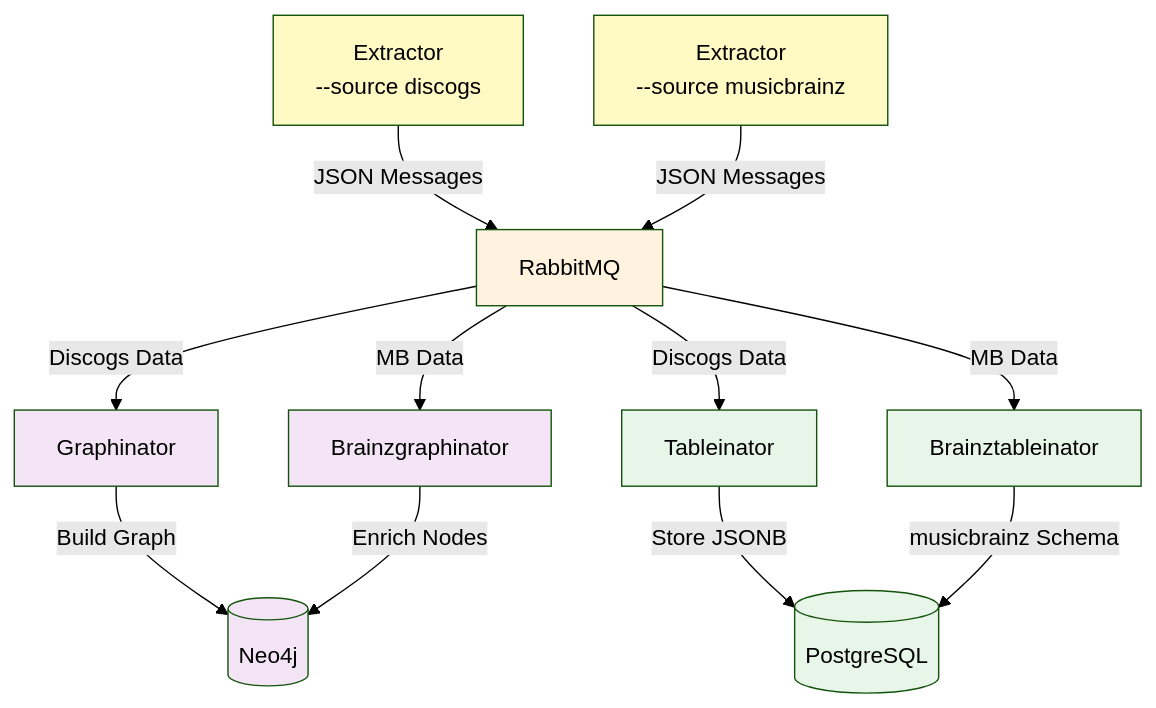
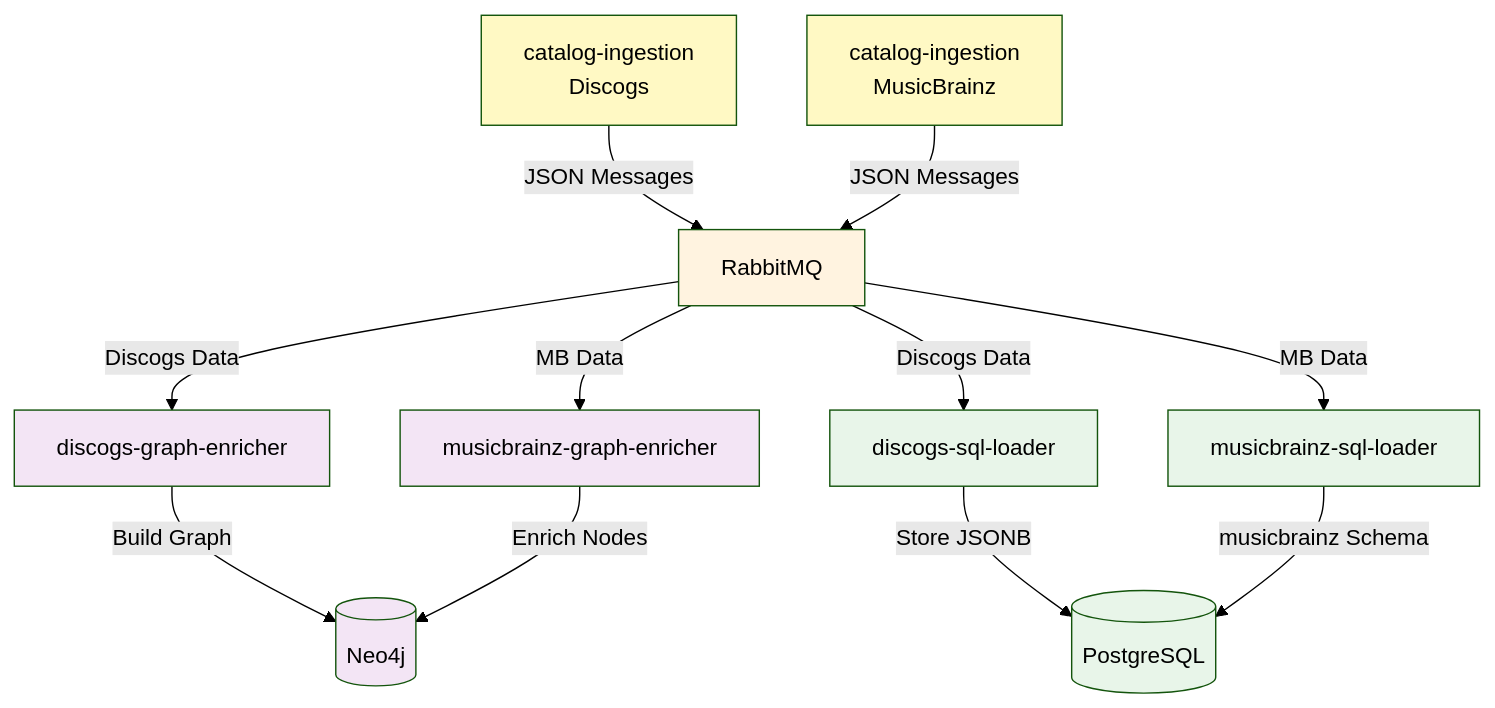
One commit to groovemap-music/discogs-sql-loader changed the ninth of 9 diagrams in docs/database-schema.md. Above: the diagram before and after it, drawn with Mermaid (forest theme). The commit also changed other lines of this file and 15 other files, not shown here.

Commit message:
docs(identity): align Discogs SQL loader branding

````diff
--- a/docs/database-schema.md
+++ b/docs/database-schema.md
@@ -1410,23 +1410,23 @@
 ```mermaid
 graph TD
-    EXT_D[Extractor<br/>--source discogs] -->|JSON Messages| RMQ[RabbitMQ]
-    EXT_MB[Extractor<br/>--source musicbrainz] -->|JSON Messages| RMQ
-    RMQ -->|Discogs Data| GRAPH[Graphinator]
-    RMQ -->|Discogs Data| TABLE[Tableinator]
-    RMQ -->|MB Data| BGRAPH[Brainzgraphinator]
-    RMQ -->|MB Data| BTABLE[Brainztableinator]
+    EXT_D[catalog-ingestion<br/>Discogs] -->|JSON Messages| RMQ[RabbitMQ]
+    EXT_MB[catalog-ingestion<br/>MusicBrainz] -->|JSON Messages| RMQ
+    RMQ -->|Discogs Data| GRAPH[discogs-graph-enricher]
+    RMQ -->|Discogs Data| TABLE[discogs-sql-loader]
+    RMQ -->|MB Data| BGRAPH[musicbrainz-graph-enricher]
+    RMQ -->|MB Data| BTABLE[musicbrainz-sql-loader]
     GRAPH -->|Build Graph| NEO4J[(Neo4j)]
     TABLE -->|Store JSONB| PG[(PostgreSQL)]
     BGRAPH -->|Enrich Nodes| NEO4J
     BTABLE -->|musicbrainz Schema| PG
 
     style EXT_D fill:#fff9c4
     style EXT_MB fill:#fff9c4
     style RMQ fill:#fff3e0
     style GRAPH fill:#f3e5f5
     style TABLE fill:#e8f5e9
     style BGRAPH fill:#f3e5f5
     style BTABLE fill:#e8f5e9
     style NEO4J fill:#f3e5f5
     style PG fill:#e8f5e9
 ```
````
